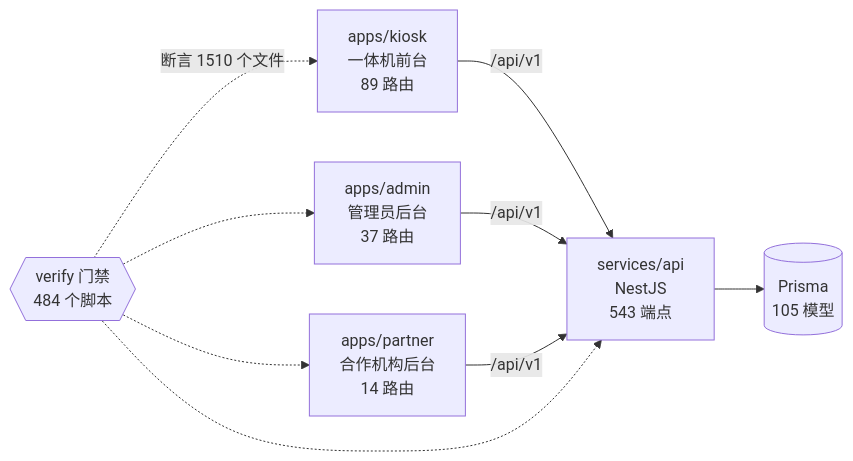
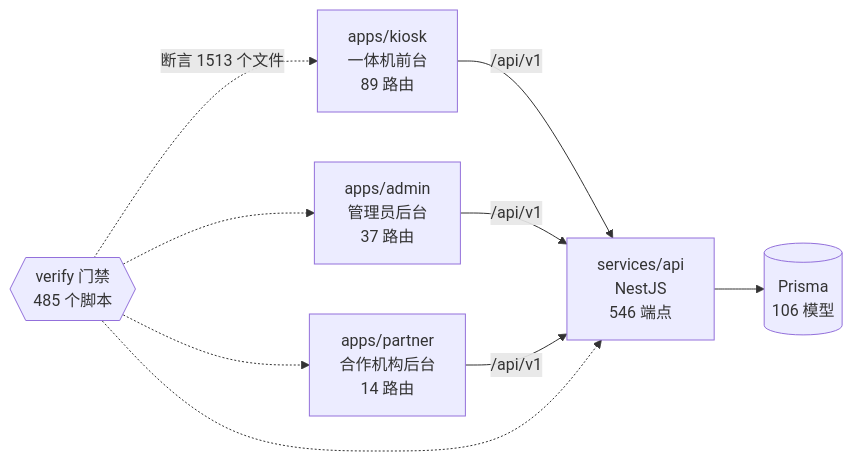
One commit to wanglei581/YITIJI changed the diagram in docs/graph/README.md. Above: the diagram before and after it, drawn with Mermaid. The commit also changed other lines of this file and 16 other files, not shown here.

````diff
--- a/docs/graph/README.md
+++ b/docs/graph/README.md
@@ -68,18 +68,18 @@
 ```mermaid
 flowchart LR
   kiosk["apps/kiosk<br/>一体机前台<br/>89 路由"]
   admin["apps/admin<br/>管理员后台<br/>37 路由"]
   partner["apps/partner<br/>合作机构后台<br/>14 路由"]
-  api["services/api<br/>NestJS<br/>543 端点"]
-  db[("Prisma<br/>105 模型")]
-  gates{{"verify 门禁<br/>484 个脚本"}}
+  api["services/api<br/>NestJS<br/>546 端点"]
+  db[("Prisma<br/>106 模型")]
+  gates{{"verify 门禁<br/>485 个脚本"}}
 
   kiosk -->|"/api/v1"| api
   admin -->|"/api/v1"| api
   partner -->|"/api/v1"| api
   api --> db
-  gates -.->|"断言 1510 个文件"| kiosk
+  gates -.->|"断言 1513 个文件"| kiosk
   gates -.-> admin
   gates -.-> partner
   gates -.-> api
 ```
````
